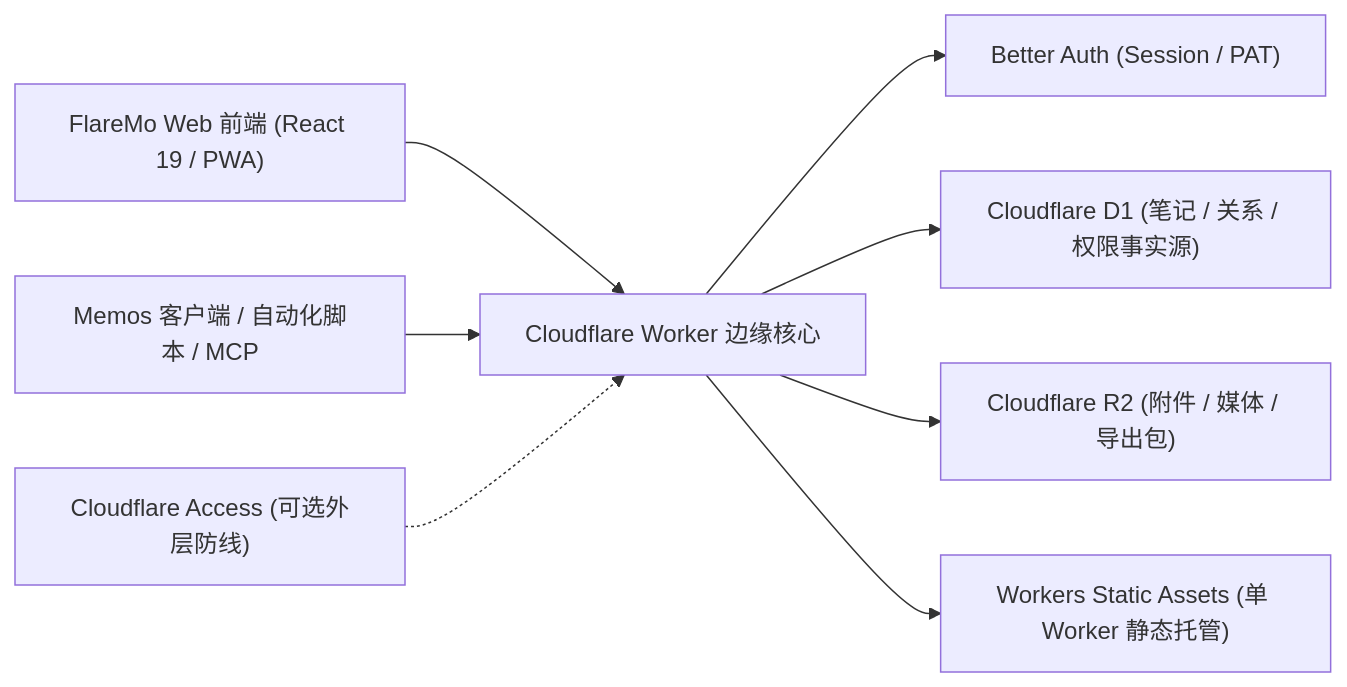
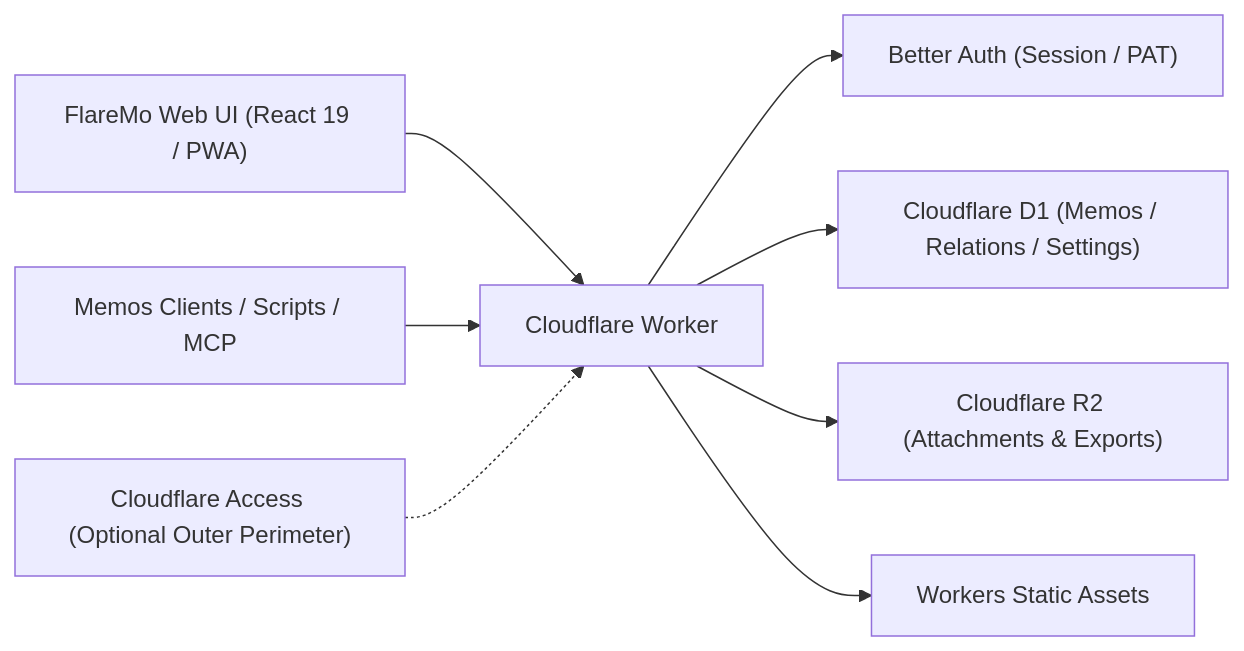
The diagram in README.md (0Pluto/flaremo-test), drawn with Mermaid before and after one commit. The commit also changed other lines of this file and 26 other files, not shown here.

````diff
--- a/README.md
+++ b/README.md
@@ -165,11 +157,11 @@
 ```mermaid
 flowchart LR
-  Browser["FlareMo Web 前端 (React 19 / PWA)"] --> Worker["Cloudflare Worker 边缘核心"]
-  Clients["Memos 客户端 / 自动化脚本 / MCP"] --> Worker
+  Browser["FlareMo Web UI (React 19 / PWA)"] --> Worker["Cloudflare Worker"]
+  Clients["Memos Clients / Scripts / MCP"] --> Worker
 
   Worker --> Auth["Better Auth (Session / PAT)"]
-  Worker --> D1["Cloudflare D1 (笔记 / 关系 / 权限事实源)"]
-  Access["Cloudflare Access (可选外层防线)"] -.-> Worker
-  Worker --> R2["Cloudflare R2 (附件 / 媒体 / 导出包)"]
-  Worker --> Assets["Workers Static Assets (单 Worker 静态托管)"]
+  Worker --> D1["Cloudflare D1 (Memos / Relations / Settings)"]
+  Access["Cloudflare Access (Optional Outer Perimeter)"] -.-> Worker
+  Worker --> R2["Cloudflare R2 (Attachments & Exports)"]
+  Worker --> Assets["Workers Static Assets"]
 ```
````
